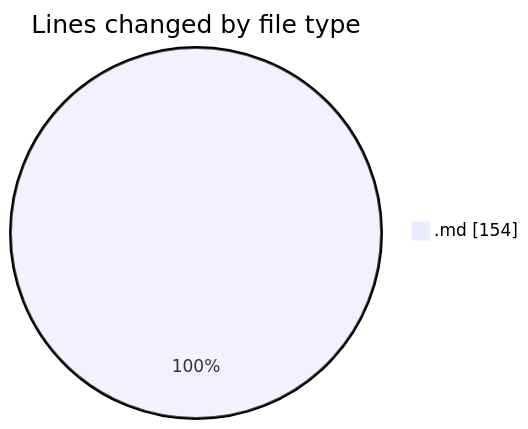
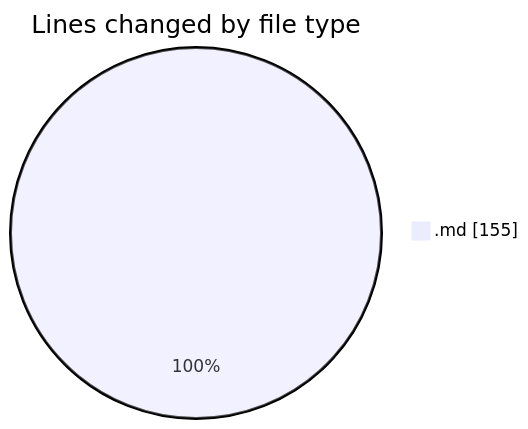
The first of 2 diagrams in 2025-07-11/urlwebwala_intership_work/README.md (Ritupan-Deka/code-tracking), drawn with Mermaid before and after one commit. The commit also changed other lines of this file and 1 other file, not shown here.

````diff
--- a/2025-07-11/urlwebwala_intership_work/README.md
+++ b/2025-07-11/urlwebwala_intership_work/README.md
@@ -20,5 +20,5 @@
 ```mermaid
 pie showData
 title Lines changed by file type
-".md" : 154
+".md" : 155
 ```
````
